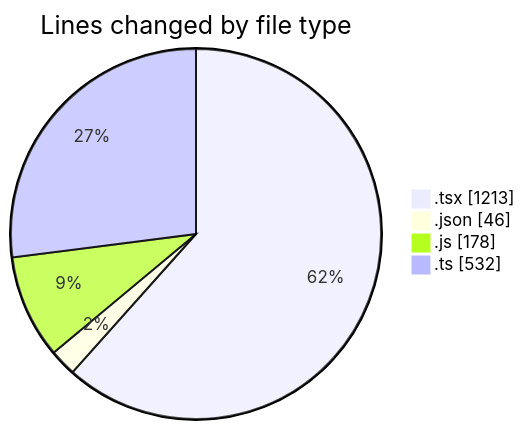
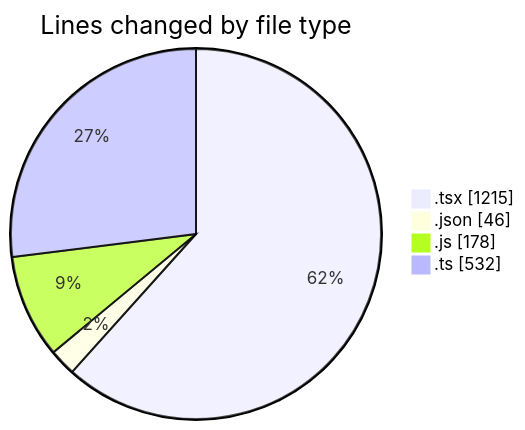
The first of 2 diagrams in 2026-08-07/cda/README.md (momahboobian/code-tracking), drawn with Mermaid before and after one commit. The commit also changed other lines of this file and 1 other file, not shown here.

````diff
--- a/2026-08-07/cda/README.md
+++ b/2026-08-07/cda/README.md
@@ -30,8 +30,8 @@
 ```mermaid
 pie showData
 title Lines changed by file type
-".tsx" : 1213
+".tsx" : 1215
 ".json" : 46
 ".js" : 178
 ".ts" : 532
 ```
````
